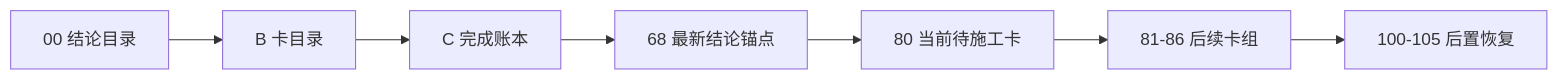
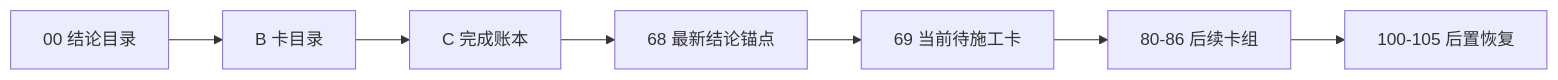
One commit to everything-is-simple/lifespan-0.01 changed the diagram in docs/03-execution/A-execution-reading-order-20260409.md. Above: the diagram before and after it, drawn with Mermaid. The commit also changed other lines of this file and 12 other files, not shown here.

````diff
--- a/docs/03-execution/A-execution-reading-order-20260409.md
+++ b/docs/03-execution/A-execution-reading-order-20260409.md
@@ -33,9 +34,9 @@
 ```mermaid
 flowchart LR
     CONC["00 结论目录"] --> BCAT["B 卡目录"]
     BCAT --> CLED["C 完成账本"]
     CLED --> ANC["68 最新结论锚点"]
-    ANC --> G80["80 当前待施工卡"]
-    G80 --> G86["81-86 后续卡组"]
-    G86 --> NEXT["100-105 后置恢复"]
+    ANC --> G69["69 当前待施工卡"]
+    G69 --> G80["80-86 后续卡组"]
+    G80 --> NEXT["100-105 后置恢复"]
 ```
````
